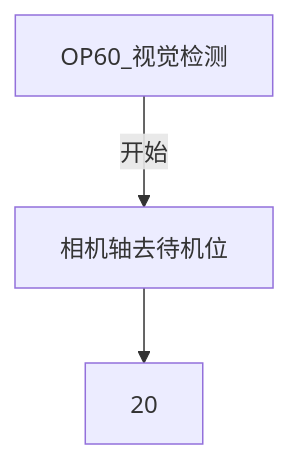
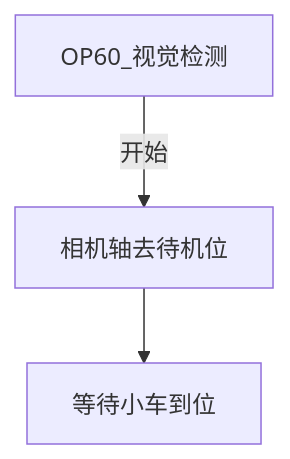
One commit to zmq000/iodraw-files changed the diagram in all/未命名.md. Above: the diagram before and after it, drawn with Mermaid.

Commit message:
2026-06-17 14:12:37 update

````diff
--- a/all/未命名.md
+++ b/all/未命名.md
@@ -1,6 +1,6 @@
 ```mermaid
 graph TD
    0[OP60_视觉检测]-->|开始|10
    10[相机轴去待机位]-->20
-   
+   20[等待小车到位]
 ```
````
